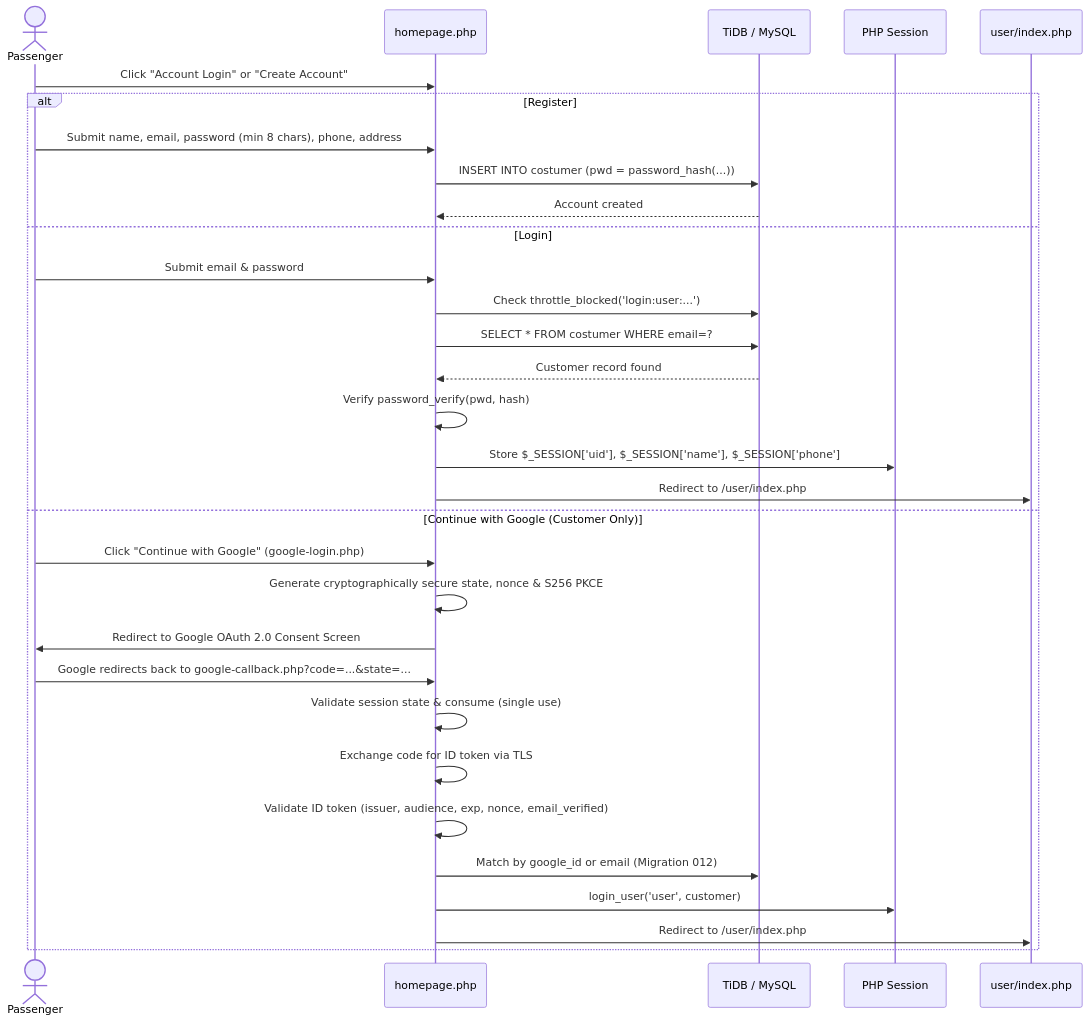
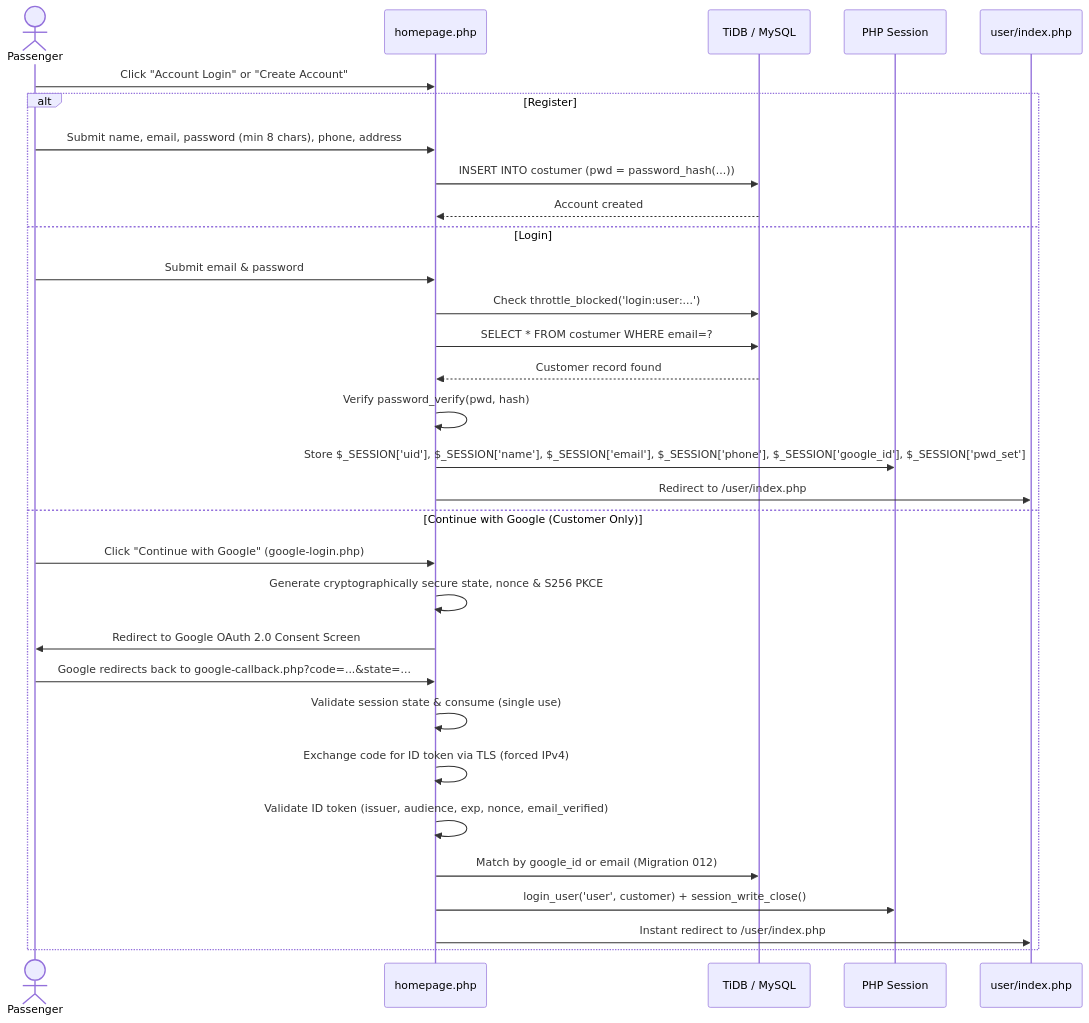
One commit to Jashan-randhawa/Bus-Resrvation changed the first of 3 diagrams in wiki/Customer-Portal-and-Booking-Flow.md. Above: the diagram before and after it, drawn with Mermaid. The commit also changed other lines of this file and 5 other files, not shown here.

Commit message:
docs(wiki): update wiki documentation with Google OAuth 2.0, Brevo email transport, and migrations 012-013

````diff
--- a/wiki/Customer-Portal-and-Booking-Flow.md
+++ b/wiki/Customer-Portal-and-Booking-Flow.md
@@ -9,35 +9,35 @@
 ```mermaid
 sequenceDiagram
     actor User as Passenger
     participant Home as homepage.php
     participant DB as TiDB / MySQL
     participant Session as PHP Session
     participant Portal as user/index.php
 
     User->>Home: Click "Account Login" or "Create Account"
     
     alt Register
         User->>Home: Submit name, email, password (min 8 chars), phone, address
         Home->>DB: INSERT INTO costumer (pwd = password_hash(...))
         DB-->>Home: Account created
     else Login
         User->>Home: Submit email & password
         Home->>DB: Check throttle_blocked('login:user:...')
         Home->>DB: SELECT * FROM costumer WHERE email=?
         DB-->>Home: Customer record found
         Home->>Home: Verify password_verify(pwd, hash)
-        Home->>Session: Store $_SESSION['uid'], $_SESSION['name'], $_SESSION['phone']
+        Home->>Session: Store $_SESSION['uid'], $_SESSION['name'], $_SESSION['email'], $_SESSION['phone'], $_SESSION['google_id'], $_SESSION['pwd_set']
         Home->>Portal: Redirect to /user/index.php
     else Continue with Google (Customer Only)
         User->>Home: Click "Continue with Google" (google-login.php)
         Home->>Home: Generate cryptographically secure state, nonce & S256 PKCE
         Home->>User: Redirect to Google OAuth 2.0 Consent Screen
         User->>Home: Google redirects back to google-callback.php?code=...&state=...
         Home->>Home: Validate session state & consume (single use)
-        Home->>Home: Exchange code for ID token via TLS
+        Home->>Home: Exchange code for ID token via TLS (forced IPv4)
         Home->>Home: Validate ID token (issuer, audience, exp, nonce, email_verified)
         Home->>DB: Match by google_id or email (Migration 012)
-        Home->>Session: login_user('user', customer)
-        Home->>Portal: Redirect to /user/index.php
+        Home->>Session: login_user('user', customer) + session_write_close()
+        Home->>Portal: Instant redirect to /user/index.php
     end
 ```
````
